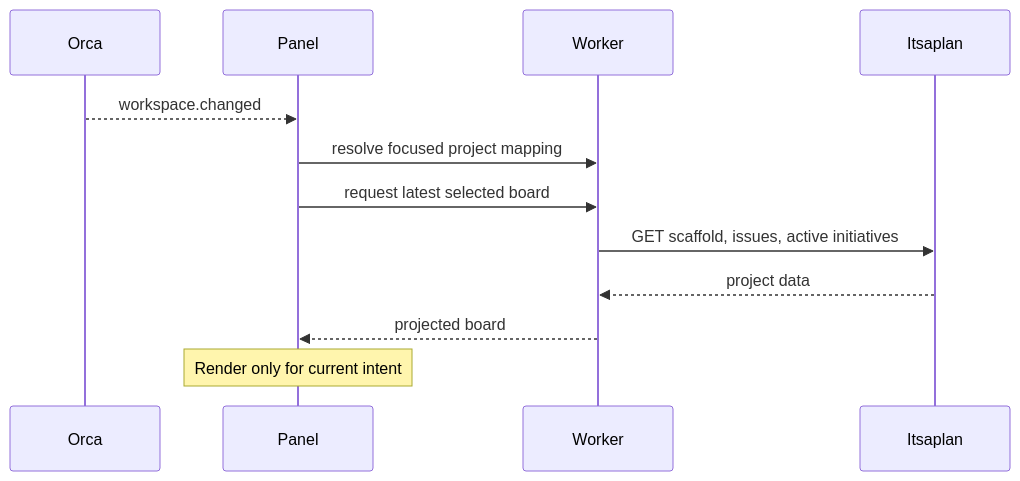
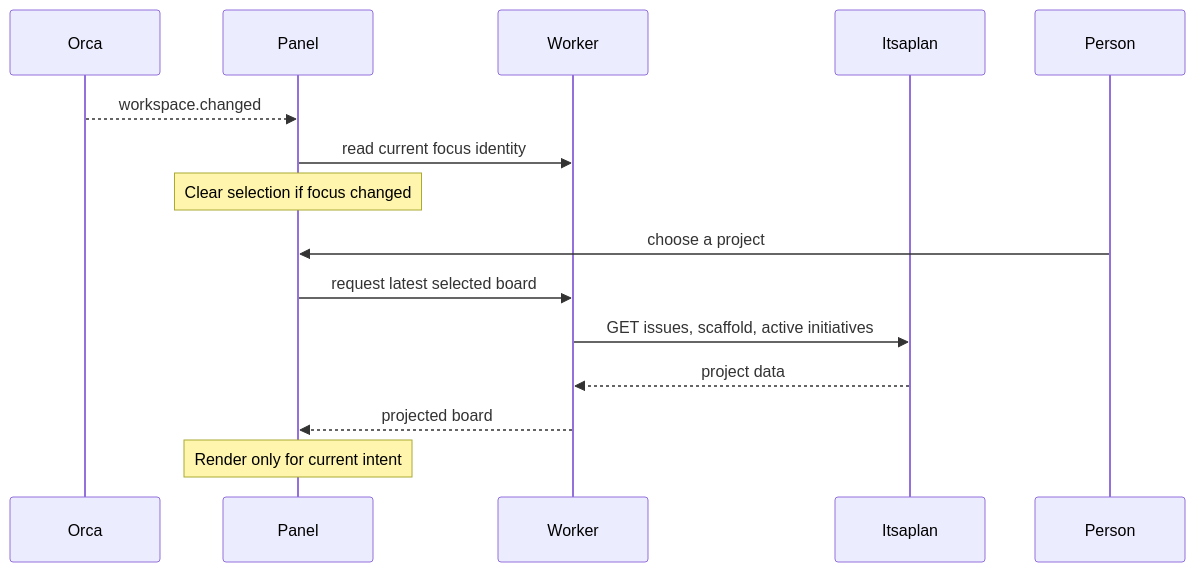
Before and after one commit to sh1ny/orca-itsaplan: the second of 2 diagrams in openspec/changes/itsaplan-panel/design.md, drawn with Mermaid. The commit also changed other lines of this file and 14 other files, not shown here.

First line of the commit message:
fix(itsaplan-panel): scope manual selection to focus

````diff
--- a/openspec/changes/itsaplan-panel/design.md
+++ b/openspec/changes/itsaplan-panel/design.md
@@ -69,14 +69,16 @@
 ```mermaid
 sequenceDiagram
   participant Orca
   participant Panel
   participant Worker
   participant Itsaplan
   Orca-->>Panel: workspace.changed
-  Panel->>Worker: resolve focused project mapping
+  Panel->>Worker: read current focus identity
+  Note over Panel: Clear selection if focus changed
+  Person->>Panel: choose a project
   Panel->>Worker: request latest selected board
-  Worker->>Itsaplan: GET scaffold, issues, active initiatives
+  Worker->>Itsaplan: GET issues, scaffold, active initiatives
   Itsaplan-->>Worker: project data
   Worker-->>Panel: projected board
   Note over Panel: Render only for current intent
 ```
````
